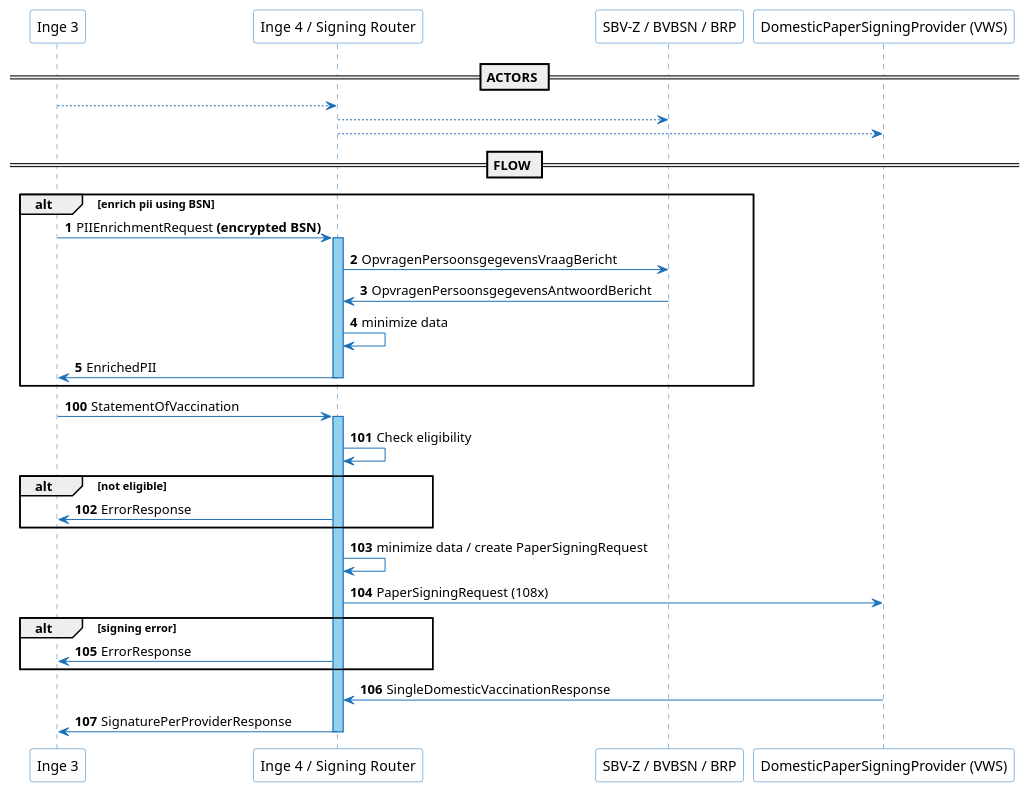
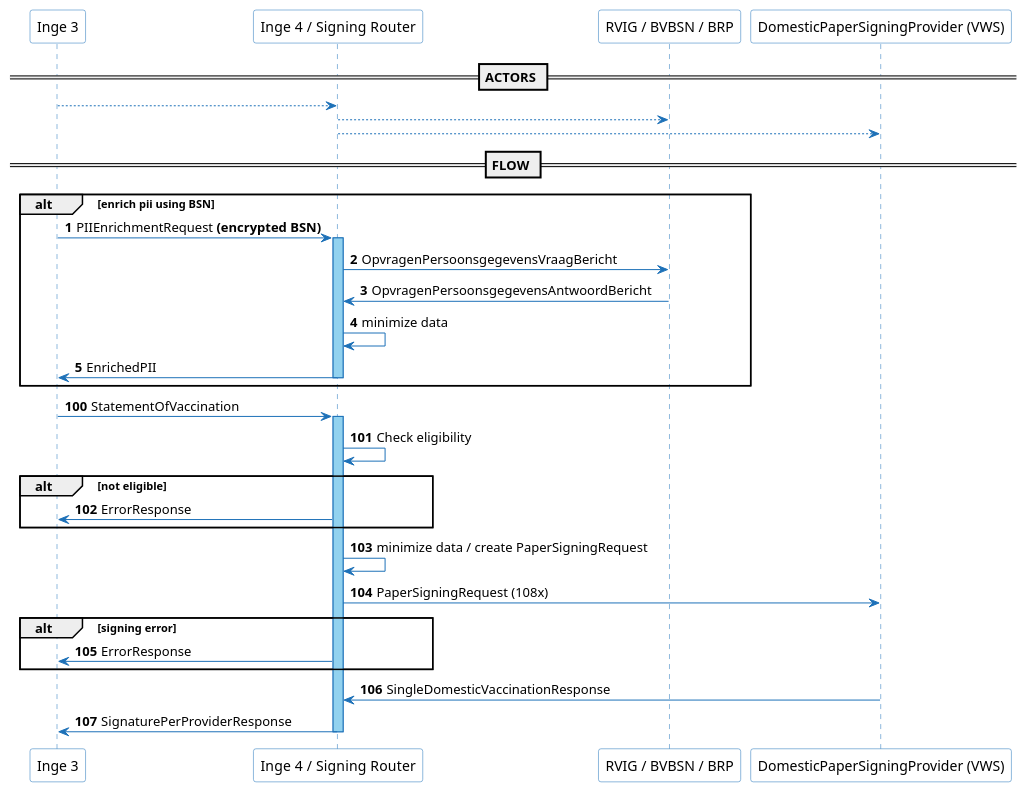
Before and after one commit to minvws/nl-covid19-coronacheck-backend-bizrules-signing-service: the diagram in docs/DomesticPaperFlow.puml, drawn with PlantUML. The commit also changed 24 other files, not shown here.

```diff
--- a/docs/DomesticPaperFlow.puml
+++ b/docs/DomesticPaperFlow.puml
@@ -1,105 +1,105 @@
 @startuml
 ' Training by Ben Peachy
 ' https://plantuml.com/sequence-diagram
 ' Manual: https://plantuml-documentation.readthedocs.io/en/latest/index.html
 ' QA: https://forum.plantuml.net/
 ' Use Plantuml for pycharm
 ' Rendering:
 ' Plattext.com
 ' http://www.plantuml.com/plantuml/
 ' Alle shapes: https://plantuml.com/deployment-diagram
 ' Shared methods or skinparams / includes: https://plantuml.com/preprocessing#393335a6fd28a804
 ' Messages in this UML scheme are shown in openapi.yaml
 
 skinparam {
 
     ' True for "uncertain things" protip by Ben
     Handwritten false
     Monochrome false
     shadowing false
 
     ' "Comic Sans MS"
     defaultFontName RijksoverheidSansWebText
 
     boundary {
         BorderColor #1D71B8
         BackgroundColor #white
     }
 
     database {
         BorderColor #1D71B8
         BackgroundColor #white
     }
 
     NoteBorderColor #CC0
 
     sequence {
         arrowColor #1D71B8
 
         boxBorderColor none
         boxBackgroundColor #EEE
 
         actor {
             BorderColor #5715CC
             BackgroundColor white
         }
 
 
         participant {
             BorderColor #1D71B8
             BackgroundColor #white
         }
 
         lifeLine {
             BorderColor #1D71B8
             BackgroundColor #92D2EF
         }
     }
 }
 
 participant "Inge 3" as inge3
 participant "Inge 4 /  Signing Router" as inge4
-participant "SBV-Z / BVBSN / BRP" as sbvz
+participant "RVIG / BVBSN / BRP" as rvig
 participant "DomesticPaperSigningProvider (VWS)" as provider
 
 
 == ACTORS ==
 
 inge3 --> inge4
-inge4 --> sbvz
+inge4 --> rvig
 inge4 --> provider
 
 == FLOW ==
 
 autonumber
 
 alt enrich pii using BSN
     inge3 -> inge4: PIIEnrichmentRequest **(encrypted BSN)**
     activate inge4
-        inge4 -> sbvz : OpvragenPersoonsgegevensVraagBericht
-        sbvz -> inge4 : OpvragenPersoonsgegevensAntwoordBericht
+        inge4 -> rvig : OpvragenPersoonsgegevensVraagBericht
+        rvig -> inge4 : OpvragenPersoonsgegevensAntwoordBericht
         inge4 -> inge4 : minimize data
         inge4 -> inge3 : EnrichedPII
     deactivate inge4
 end alt
 
 
 autonumber 100
 
 inge3 -> inge4 : StatementOfVaccination
 activate inge4
     inge4 -> inge4 : Check eligibility
     alt not eligible
        inge4 -> inge3 : ErrorResponse
     end alt
     inge4 -> inge4 : minimize data / create PaperSigningRequest
     inge4 -> provider : PaperSigningRequest (108x)
     alt signing error
         inge4 -> inge3 : ErrorResponse
     end alt
     provider -> inge4: SingleDomesticVaccinationResponse
 
     inge4 -> inge3: SignaturePerProviderResponse
 deactivate inge4
 
 @enduml
```
